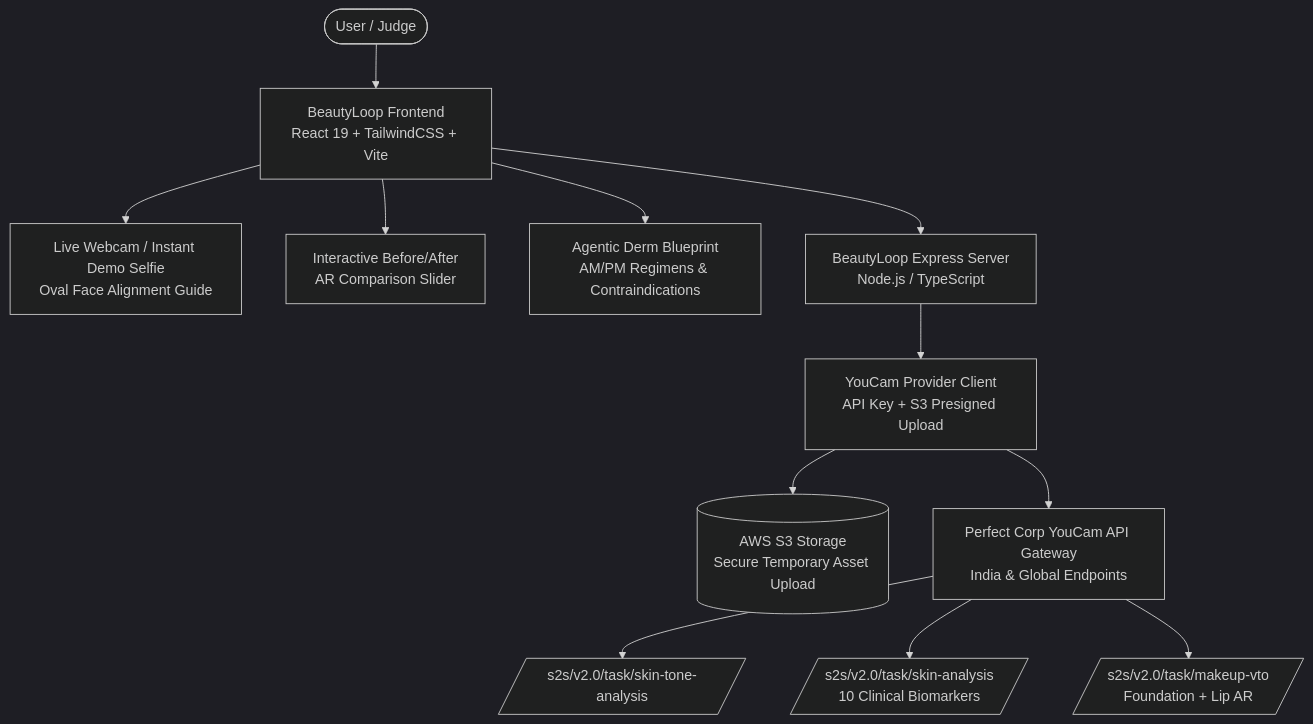
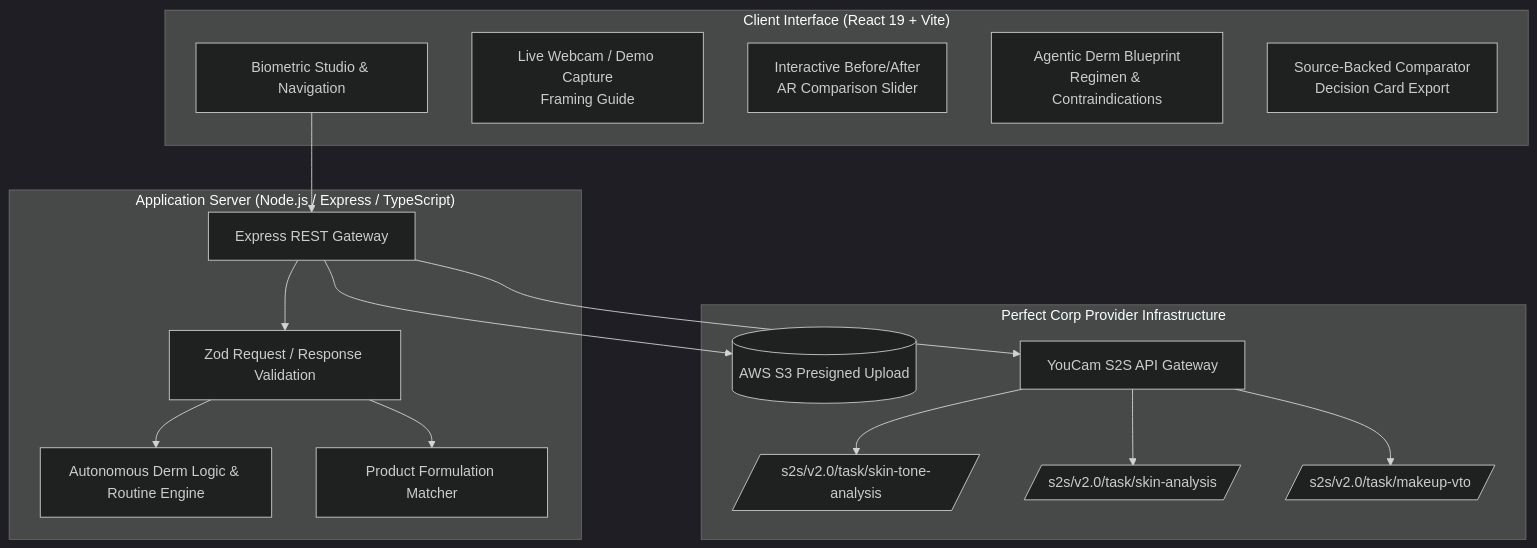
One commit to Madhavan20906/BeautyLoop changed the diagram in README.md. Above: the diagram before and after it, drawn with Mermaid (dark theme). The commit also changed other lines of this file and 6 other files, not shown here.

````diff
--- a/README.md
+++ b/README.md
@@ -53,17 +17,35 @@
 ```mermaid
 flowchart TD
-    User([User / Judge]) --> UI[BeautyLoop Frontend\nReact 19 + TailwindCSS + Vite]
-    UI --> Webcam[Live Webcam / Instant Demo Selfie\nOval Face Alignment Guide]
-    UI --> Slider[Interactive Before/After\nAR Comparison Slider]
-    UI --> Blueprint[Agentic Derm Blueprint\nAM/PM Regimens & Contraindications]
+    subgraph Client ["Client Interface (React 19 + Vite)"]
+        UI[Biometric Studio & Navigation]
+        Webcam[Live Webcam / Demo Capture\nFraming Guide]
+        Slider[Interactive Before/After\nAR Comparison Slider]
+        Blueprint[Agentic Derm Blueprint\nRegimen & Contraindications]
+        Shortlist[Source-Backed Comparator\nDecision Card Export]
+    end
 
-    UI --> API[BeautyLoop Express Server\nNode.js / TypeScript]
-    API --> YouCamClient[YouCam Provider Client\nAPI Key + S3 Presigned Upload]
-    
-    YouCamClient --> S3[(AWS S3 Storage\nSecure Temporary Asset Upload)]
-    YouCamClient --> YCE[Perfect Corp YouCam API Gateway\nIndia & Global Endpoints]
-    
-    YCE --> ToneAPI[/s2s/v2.0/task/skin-tone-analysis/]
-    YCE --> SkinAPI[/s2s/v2.0/task/skin-analysis\n10 Clinical Biomarkers/]
-    YCE --> VTOAPI[/s2s/v2.0/task/makeup-vto\nFoundation + Lip AR/]
+    subgraph Server ["Application Server (Node.js / Express / TypeScript)"]
+        API[Express REST Gateway]
+        Zod[Zod Request / Response Validation]
+        DermEngine[Autonomous Derm Logic & Routine Engine]
+        Comparator[Product Formulation Matcher]
+    end
+
+    subgraph YouCam ["Perfect Corp Provider Infrastructure"]
+        S3[(AWS S3 Presigned Upload)]
+        Gateway[YouCam S2S API Gateway]
+        SkinTone[/s2s/v2.0/task/skin-tone-analysis/]
+        SkinAI[/s2s/v2.0/task/skin-analysis/]
+        VTO[/s2s/v2.0/task/makeup-vto/]
+    end
+
+    UI --> API
+    API --> Zod
+    Zod --> DermEngine
+    Zod --> Comparator
+    API --> S3
+    API --> Gateway
+    Gateway --> SkinTone
+    Gateway --> SkinAI
+    Gateway --> VTO
 ```
````
